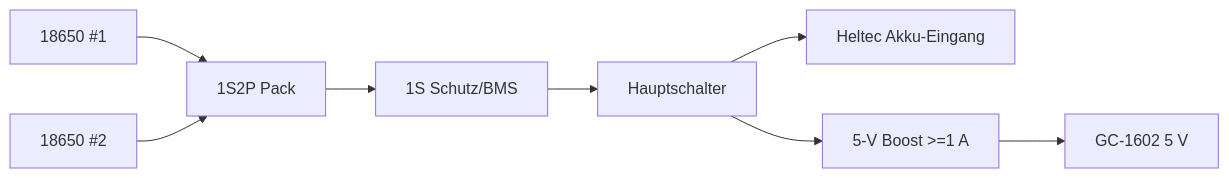
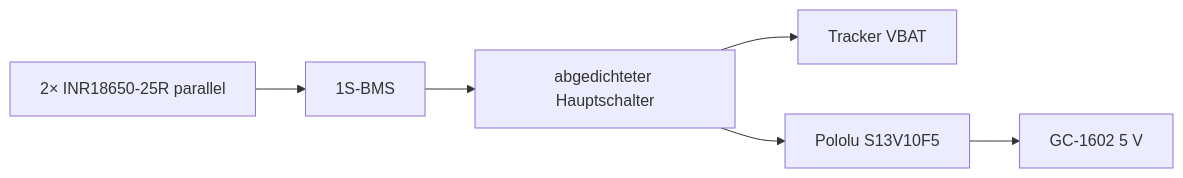
The diagram in docs/v2/02-electrical-wiring.md (icepaule/IceGeigerCounter), drawn with Mermaid before and after one commit. The commit also changed other lines of this file, not shown here.

Commit message:
Correct tracker pinout and wiring for HITT V1.2

````diff
--- a/docs/v2/02-electrical-wiring.md
+++ b/docs/v2/02-electrical-wiring.md
@@ -31,10 +50,8 @@
 ```mermaid
 flowchart LR
-    B1[18650 #1] --> P[1S2P Pack]
-    B2[18650 #2] --> P
-    P --> BMS[1S Schutz/BMS]
-    BMS --> SW[Hauptschalter]
-    SW --> HEL[Heltec Akku-Eingang]
-    SW --> BOOST[5-V Boost >=1 A]
-    BOOST --> GC[GC-1602 5 V]
+    A[2× INR18650-25R parallel] --> B[1S-BMS]
+    B --> S[abgedichteter Hauptschalter]
+    S --> T[Tracker VBAT]
+    S --> P[Pololu S13V10F5]
+    P --> G[GC-1602 5 V]
 ```
````
